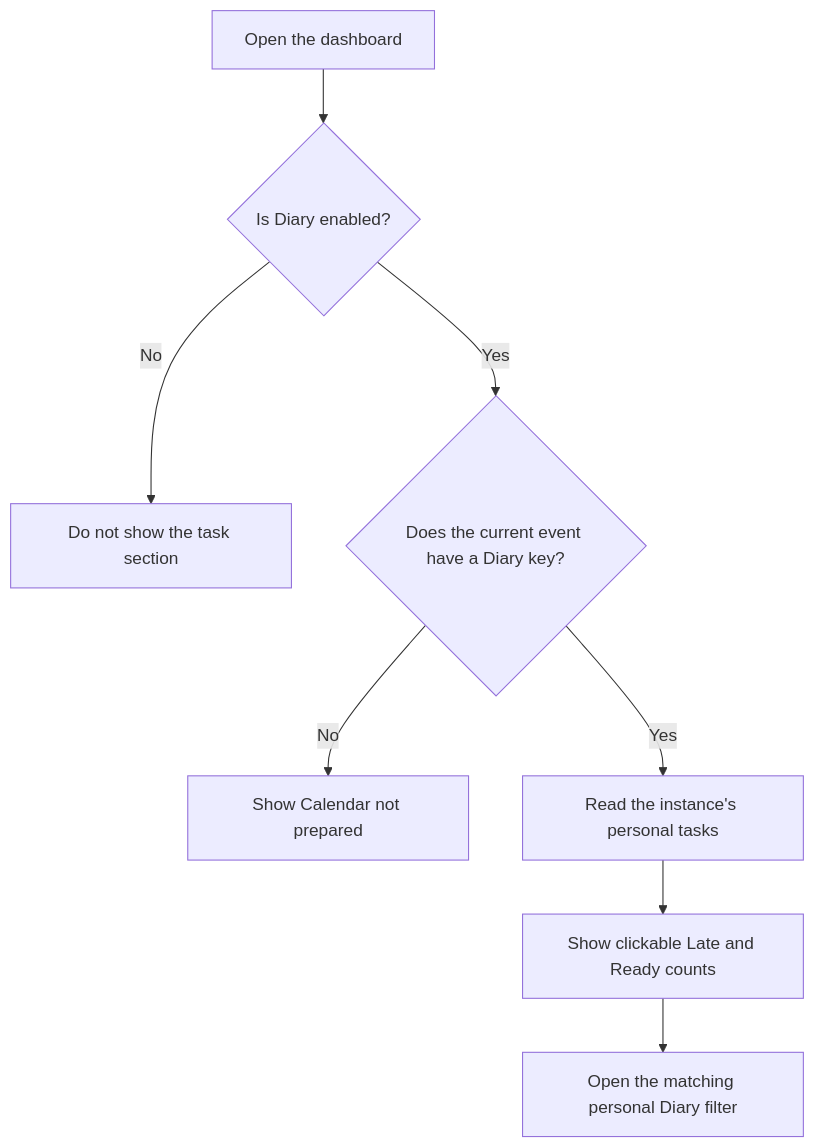
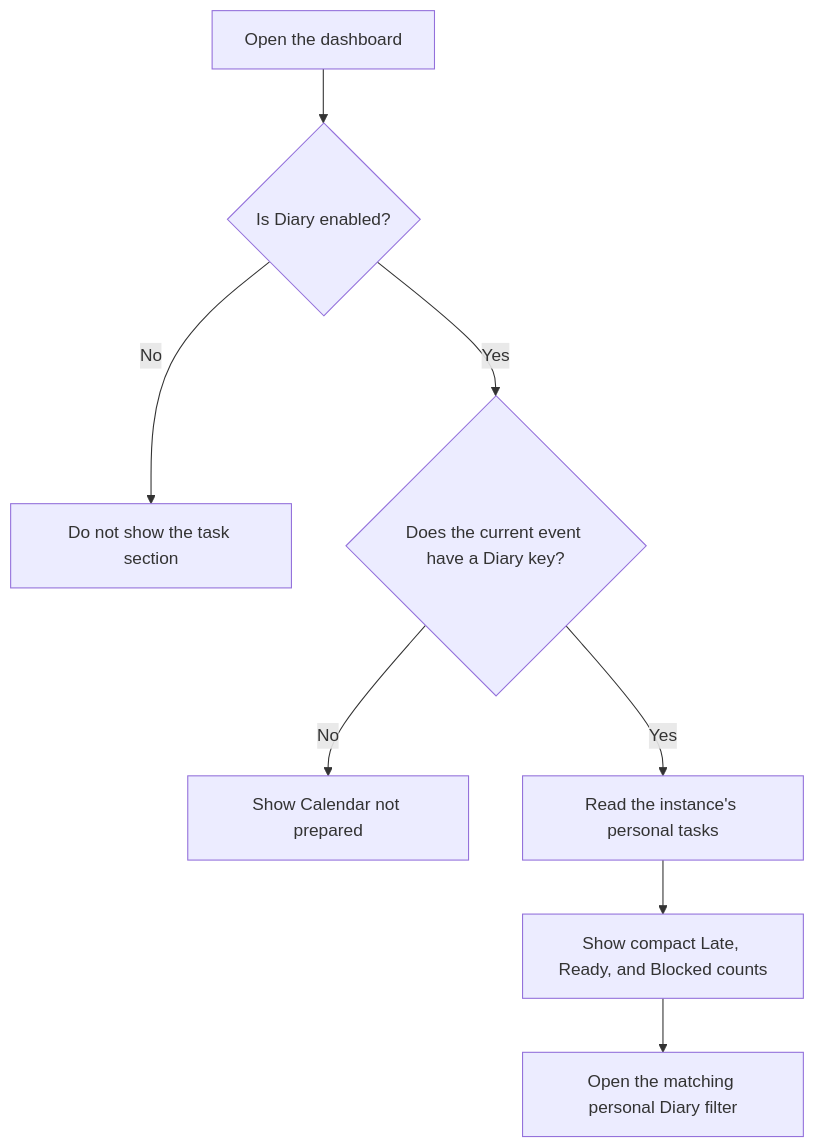
One commit to TonyFlury/GarageSale changed the eighth of 13 diagrams in docs/design/event-calendar.md. Above: the diagram before and after it, drawn with Mermaid. The commit also changed other lines of this file and 24 other files, not shown here.

````diff
--- a/docs/design/event-calendar.md
+++ b/docs/design/event-calendar.md
@@ -726,10 +730,10 @@
 ```mermaid
 flowchart TD
     A[Open the dashboard] --> B{Is Diary enabled?}
     B -->|No| C[Do not show the task section]
     B -->|Yes| D{Does the current event have a Diary key?}
     D -->|No| E[Show Calendar not prepared]
     D -->|Yes| F[Read the instance's personal tasks]
-    F --> G[Show clickable Late and Ready counts]
+    F --> G[Show compact Late, Ready, and Blocked counts]
     G --> H[Open the matching personal Diary filter]
 ```
````
